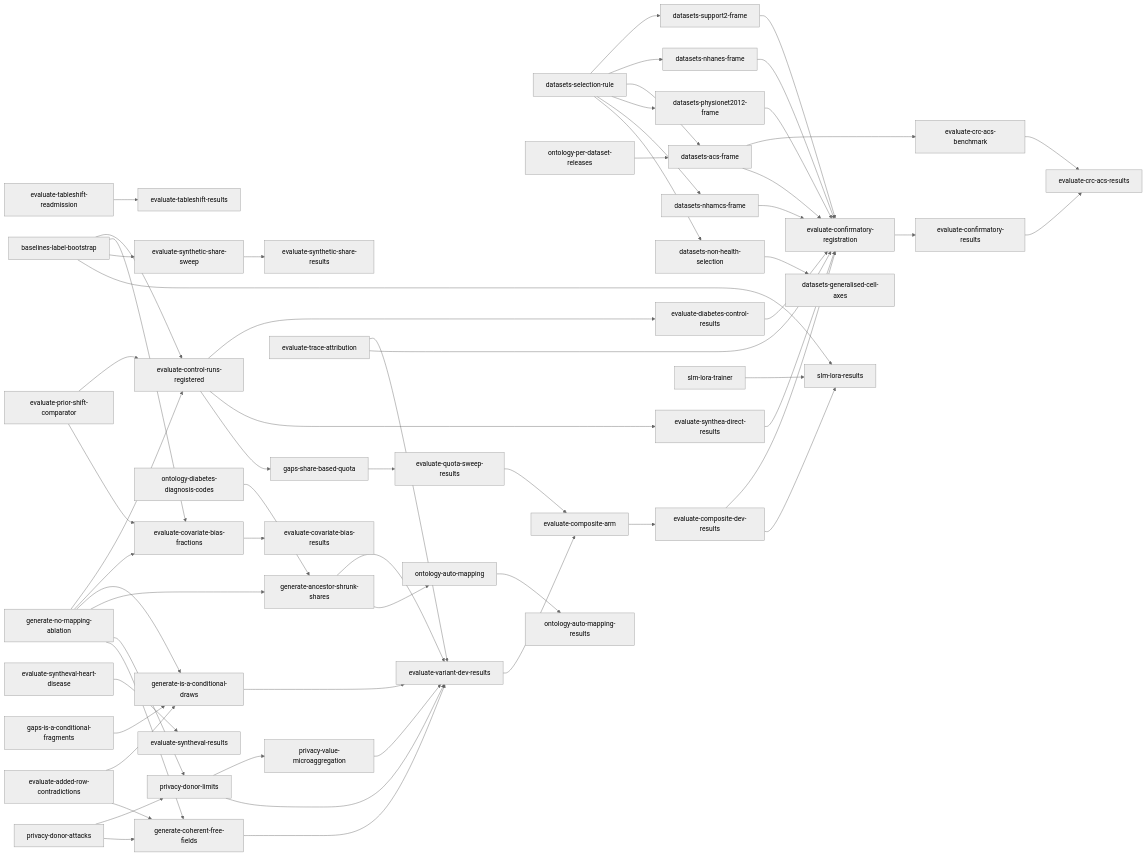
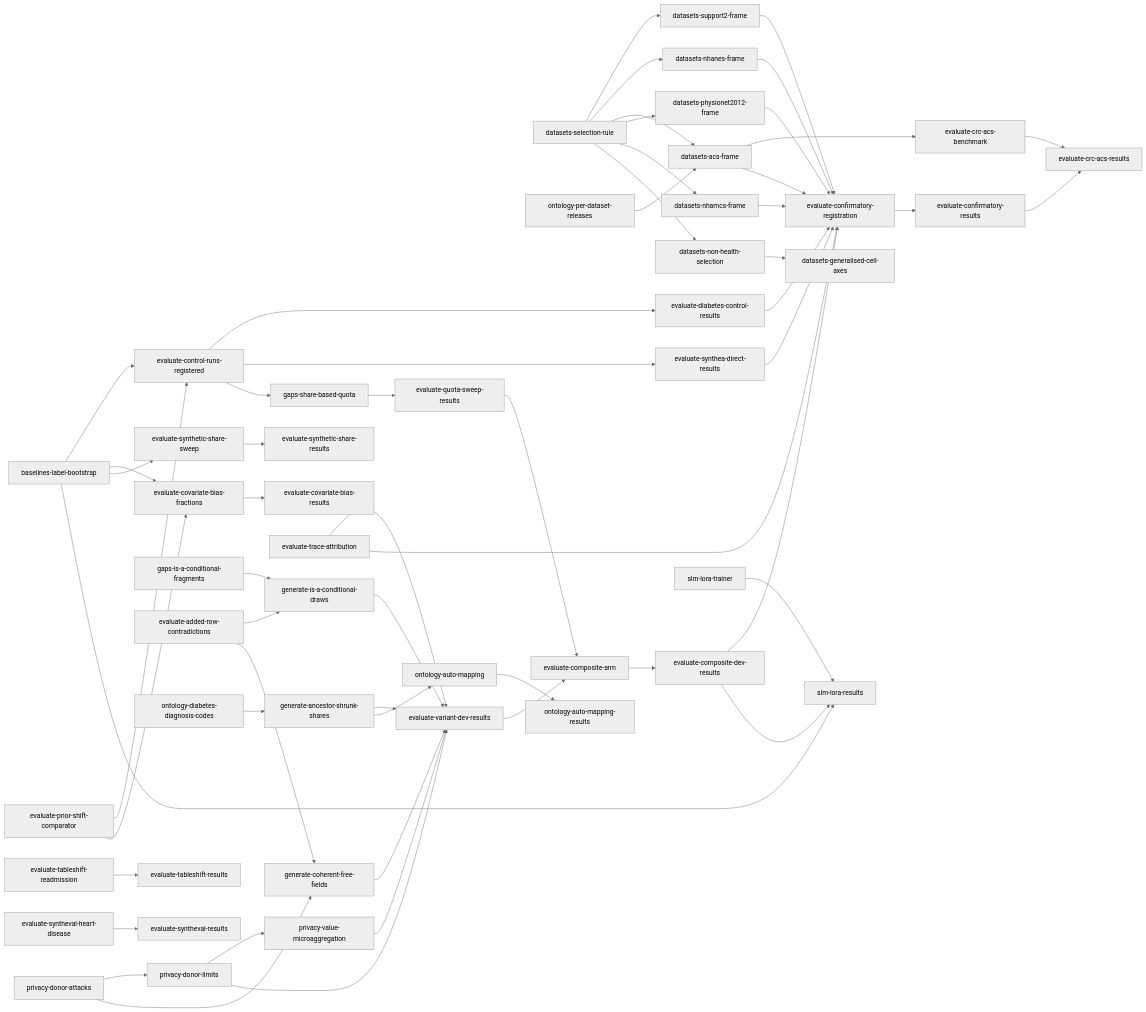
One commit to joe-dartmouth/synthetic changed the diagram in tasks/direct-index.md. Above: the diagram before and after it, drawn with Mermaid (neutral theme). The commit also changed other lines of this file and 29 other files, not shown here.

````diff
--- a/tasks/direct-index.md
+++ b/tasks/direct-index.md
@@ -87,64 +86,58 @@
 ```mermaid
 flowchart LR
-    u3[generate-no-mapping-ablation] --> u6[evaluate-control-runs-registered]
-    u3 --> u37[evaluate-covariate-bias-fractions]
-    u4[baselines-label-bootstrap] --> u6
-    u4 --> u37
+    u4[baselines-label-bootstrap] --> u6[evaluate-control-runs-registered]
+    u4 --> u37[evaluate-covariate-bias-fractions]
     u5[evaluate-prior-shift-comparator] --> u6
     u5 --> u37
     u37 --> u38[evaluate-covariate-bias-results]
     u39[evaluate-tableshift-readmission] --> u40[evaluate-tableshift-results]
     u6 --> u7[evaluate-diabetes-control-results]
     u6 --> u8[evaluate-synthea-direct-results]
-    u3 --> u11[generate-is-a-conditional-draws]
-    u10[gaps-is-a-conditional-fragments] --> u11
+    u10[gaps-is-a-conditional-fragments] --> u11[generate-is-a-conditional-draws]
     u9[evaluate-added-row-contradictions] --> u11
-    u3 --> u13[generate-ancestor-shrunk-shares]
-    u12[ontology-diabetes-diagnosis-codes] --> u13
-    u3 --> u15[privacy-donor-limits]
-    u14[privacy-donor-attacks] --> u15
+    u12[ontology-diabetes-diagnosis-codes] --> u13[generate-ancestor-shrunk-shares]
+    u14[privacy-donor-attacks] --> u15[privacy-donor-limits]
     u15 --> u16[privacy-value-microaggregation]
-    u3 --> u17[generate-coherent-free-fields]
-    u9 --> u17
+    u9 --> u17[generate-coherent-free-fields]
     u14 --> u17
     u11 --> u19[evaluate-variant-dev-results]
     u13 --> u19
     u15 --> u19
     u16 --> u19
     u17 --> u19
     u18[evaluate-trace-attribution] --> u19
     u6 --> u20[gaps-share-based-quota]
     u20 --> u21[evaluate-quota-sweep-results]
     u23[datasets-selection-rule] --> u25[datasets-support2-frame]
     u23 --> u26[datasets-nhanes-frame]
     u23 --> u27[datasets-acs-frame]
     u24[ontology-per-dataset-releases] --> u27
     u27 --> u41[evaluate-crc-acs-benchmark]
     u23 --> u47[datasets-physionet2012-frame]
     u23 --> u48[datasets-nhamcs-frame]
     u23 --> u49[datasets-non-health-selection]
     u49 --> u50[datasets-generalised-cell-axes]
     u43[evaluate-syntheval-heart-disease] --> u44[evaluate-syntheval-results]
     u19 --> u28[evaluate-composite-arm]
     u21 --> u28
     u28 --> u29[evaluate-composite-dev-results]
     u7 --> u30[evaluate-confirmatory-registration]
     u8 --> u30
     u18 --> u30
     u4 --> u45[evaluate-synthetic-share-sweep]
     u45 --> u46[evaluate-synthetic-share-results]
     u25 --> u30
     u26 --> u30
     u27 --> u30
     u47 --> u30
     u48 --> u30
     u29 --> u30
     u30 --> u31[evaluate-confirmatory-results]
     u41 --> u42[evaluate-crc-acs-results]
     u31 --> u42
     u13 --> u32[ontology-auto-mapping]
     u32 --> u33[ontology-auto-mapping-results]
     u29 --> u36[slm-lora-results]
     u35[slm-lora-trainer] --> u36
     u4 --> u36
 ```
````
